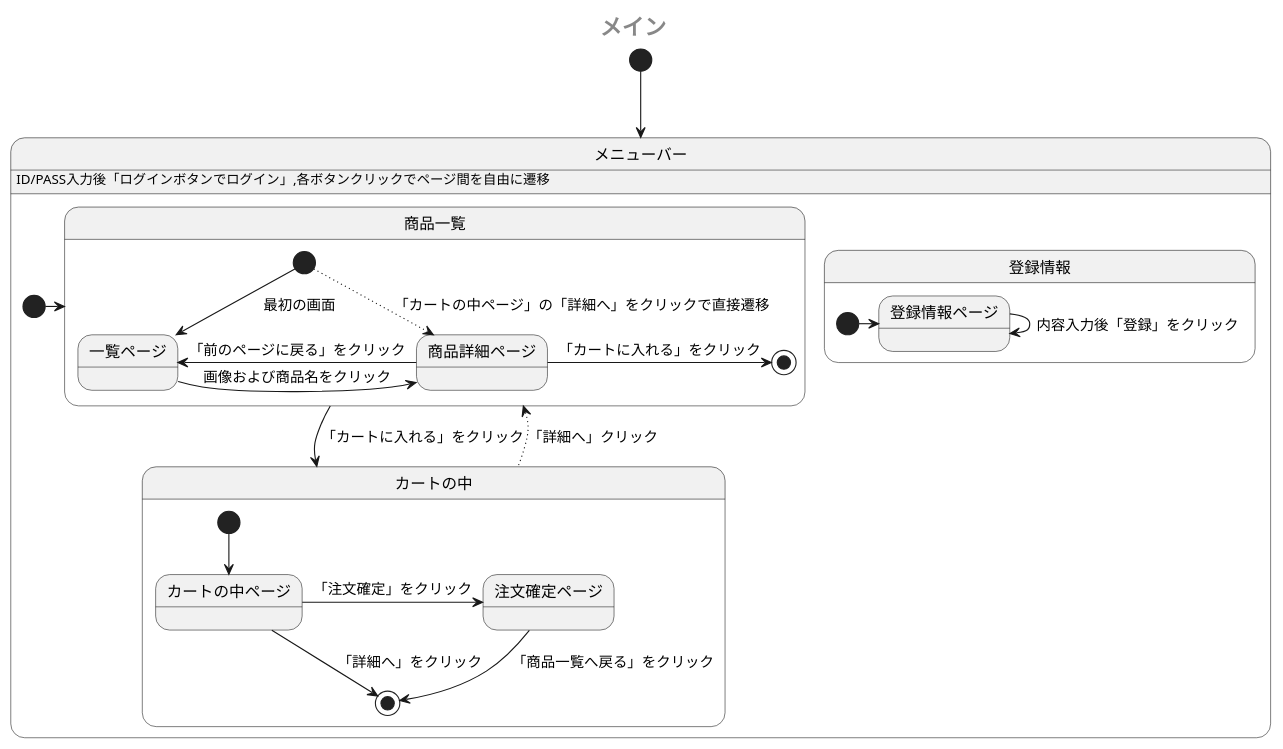
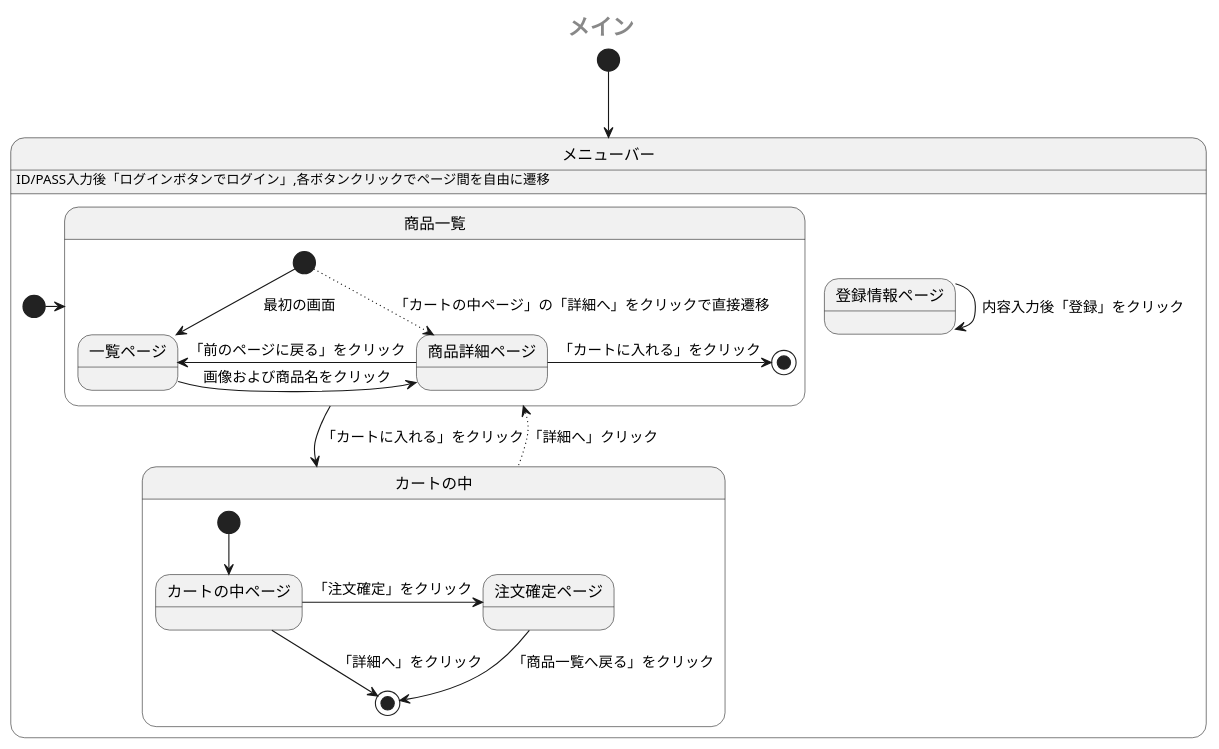
Before and after one commit to Aso2001385/2021sys-design: the first of 2 diagrams in sample/StateMachine.md, drawn with PlantUML.

````diff
--- a/sample/StateMachine.md
+++ b/sample/StateMachine.md
@@ -1,32 +1,31 @@
 ```uml
 @startuml
  center header <size:20><b>メイン</b></size>
  [*] --> メニューバー
  state メニューバー {
    メニューバー: ID/PASS入力後「ログインボタンでログイン」,各ボタンクリックでページ間を自由に遷移
    [*] -> 商品一覧
    state 商品一覧 {
     [*] --> 一覧ページ:　最初の画面
     [*] -[dotted]-> 商品詳細ページ: 「カートの中ページ」の「詳細へ」をクリックで直接遷移
     一覧ページ -right-> 商品詳細ページ: 画像および商品名をクリック
     商品詳細ページ -left-> 一覧ページ: 「前のページに戻る」をクリック
     商品詳細ページ -right-> [*]: 「カートに入れる」をクリック
     
    }
    商品一覧 -down-> カートの中:「カートに入れる」をクリック
    state カートの中 {
     [*] --> カートの中ページ
     カートの中ページ --> [*]:「詳細へ」をクリック
     カートの中ページ -> 注文確定ページ:「注文確定」をクリック 
     注文確定ページ --> [*]: 「商品一覧へ戻る」をクリック
    }
    カートの中 -up[dotted]-> 商品一覧:「詳細へ」クリック
-   state 登録情報{
-    [*] -> 登録情報ページ
-    登録情報ページ -down> 登録情報ページ:内容入力後「登録」をクリック
-   }
+  
+   登録情報ページ -down> 登録情報ページ:内容入力後「登録」をクリック
+   
    
  }
  
 @enduml
 ```
````
